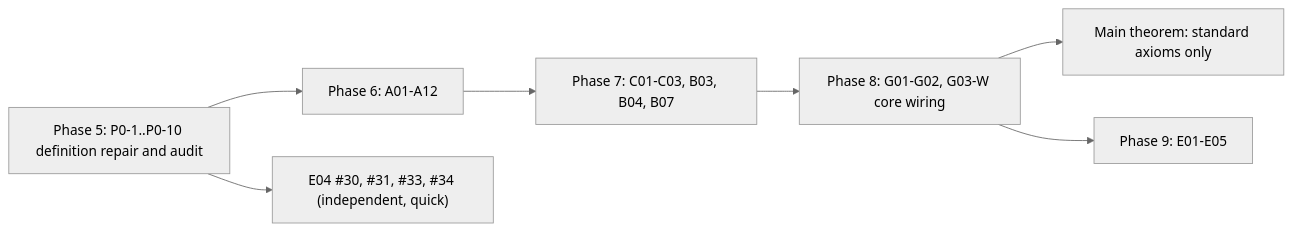
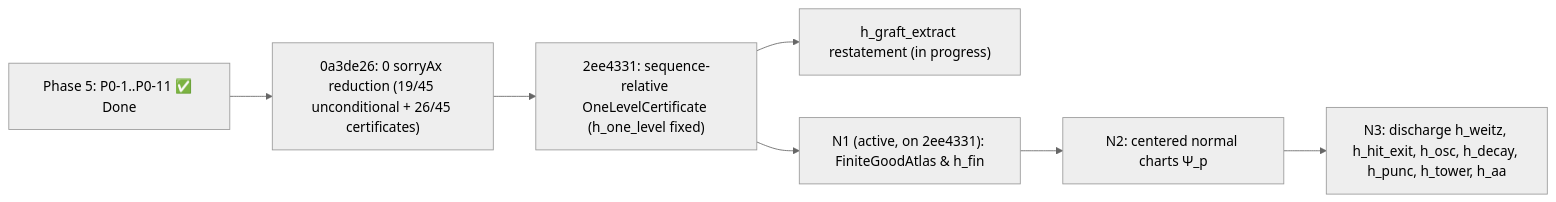
The diagram in COMPLETION_PLAN.md (psuarezserrato/gromov-genus0-compactness), drawn with Mermaid (neutral theme) before and after one commit. The commit also changed other lines of this file, not shown here.

Commit message:
COMPLETION_PLAN: withdraw dbb1782 Route 1 claim; record 2ee4331 certificate fix and Normal Charts progress

````diff
--- a/COMPLETION_PLAN.md
+++ b/COMPLETION_PLAN.md
@@ -212,9 +211,9 @@
 ```mermaid
 flowchart LR
-  P0["Phase 5: P0-1..P0-10 definition repair and audit"] --> A["Phase 6: A01-A12"]
-  A --> C["Phase 7: C01-C03, B03, B04, B07"]
-  C --> G["Phase 8: G01-G02, G03-W core wiring"]
-  G --> M["Main theorem: standard axioms only"]
-  G --> E["Phase 9: E01-E05"]
-  P0 --> E4["E04 #30, #31, #33, #34 (independent, quick)"]
+  P0["Phase 5: P0-1..P0-11 ✅ Done"] --> R["0a3de26: 0 sorryAx reduction (19/45 unconditional + 26/45 certificates)"]
+  R --> S["2ee4331: sequence-relative OneLevelCertificate (h_one_level fixed)"]
+  S --> GX["h_graft_extract restatement (in progress)"]
+  S --> N1["N1 (active, on 2ee4331): FiniteGoodAtlas & h_fin"]
+  N1 --> N2["N2: centered normal charts Ψ_p"]
+  N2 --> N3["N3: discharge h_weitz, h_hit_exit, h_osc, h_decay, h_punc, h_tower, h_aa"]
 ```
````
